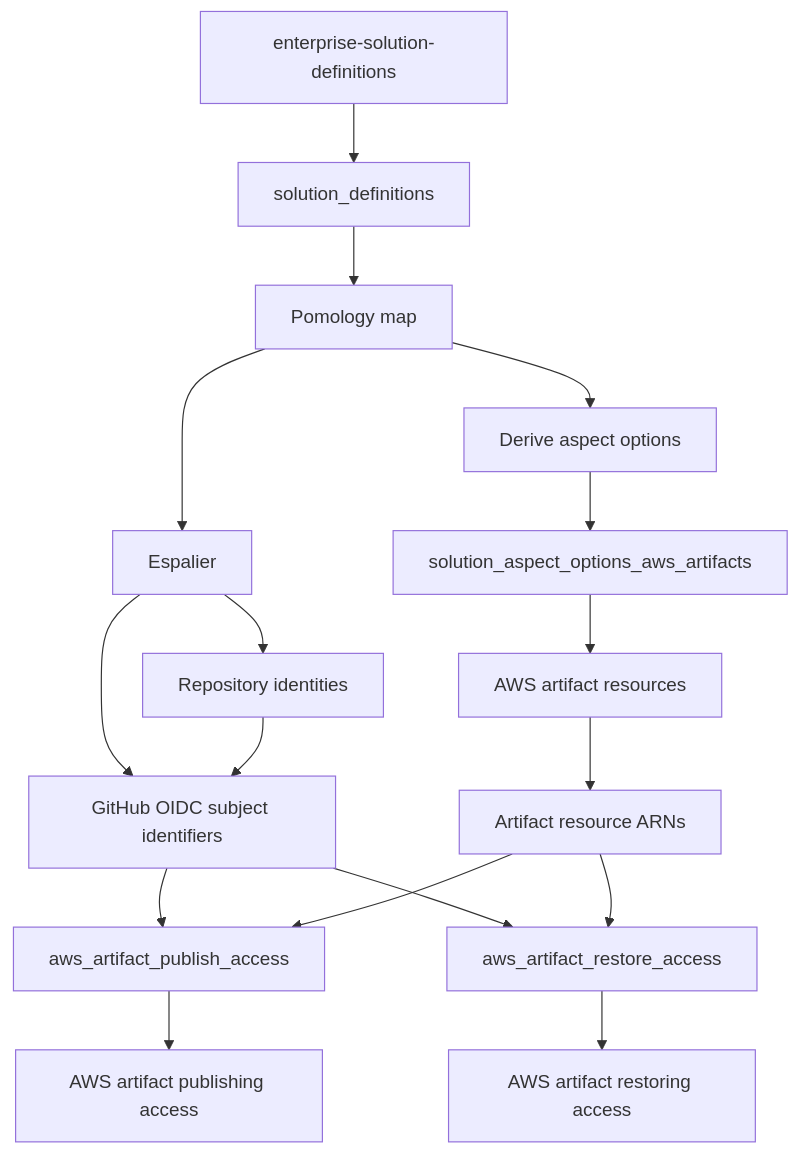
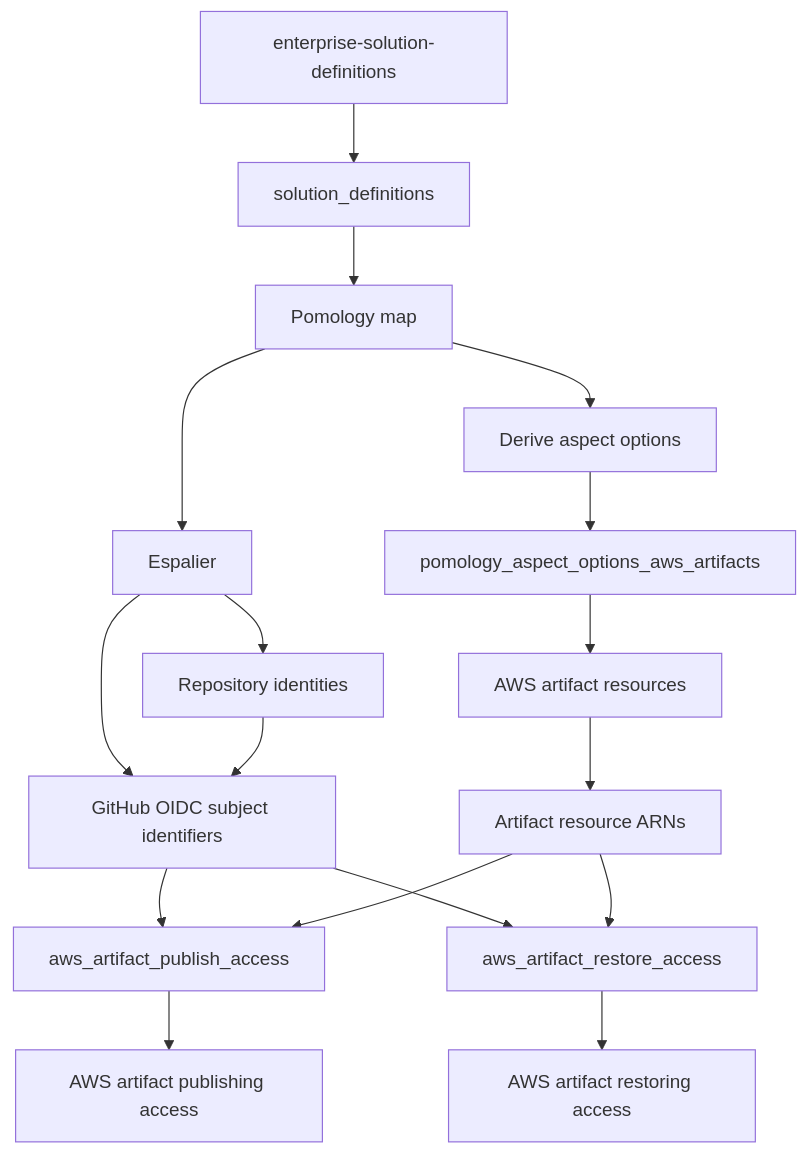
One commit to amiasea/enterprise-pomology-actualization changed the first of 2 diagrams in README.md. Above: the diagram before and after it, drawn with Mermaid. The commit also changed other lines of this file and 21 other files, not shown here.

````diff
--- a/README.md
+++ b/README.md
@@ -62,19 +62,19 @@
 ```mermaid
 flowchart TD
     A["enterprise-solution-definitions"] --> B["solution_definitions"]
     B --> C["Pomology map"]
     C --> D["Espalier"]
     C --> E["Derive aspect options"]
     D --> F["Repository identities"]
     D --> G["GitHub OIDC subject identifiers"]
-    E --> H["solution_aspect_options_aws_artifacts"]
+    E --> H["pomology_aspect_options_aws_artifacts"]
     H --> I["AWS artifact resources"]
     F --> G
     I --> J["Artifact resource ARNs"]
     G --> K["aws_artifact_publish_access"]
     G --> L["aws_artifact_restore_access"]
     J --> K
     J --> L
     K --> M["AWS artifact publishing access"]
     L --> N["AWS artifact restoring access"]
 ```
````
